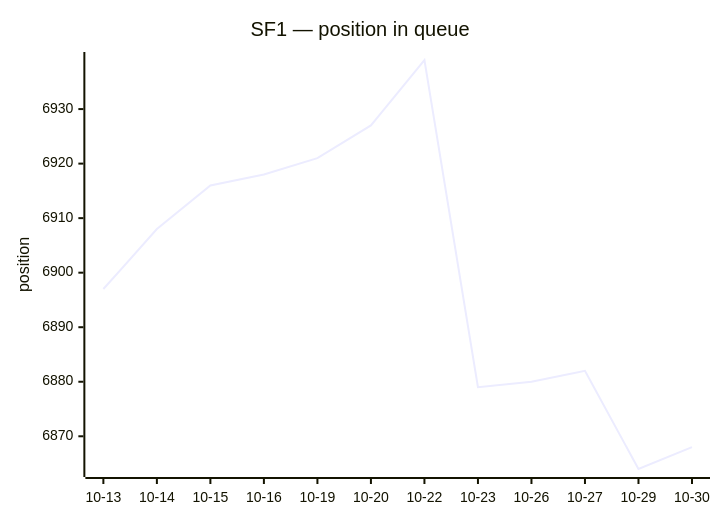
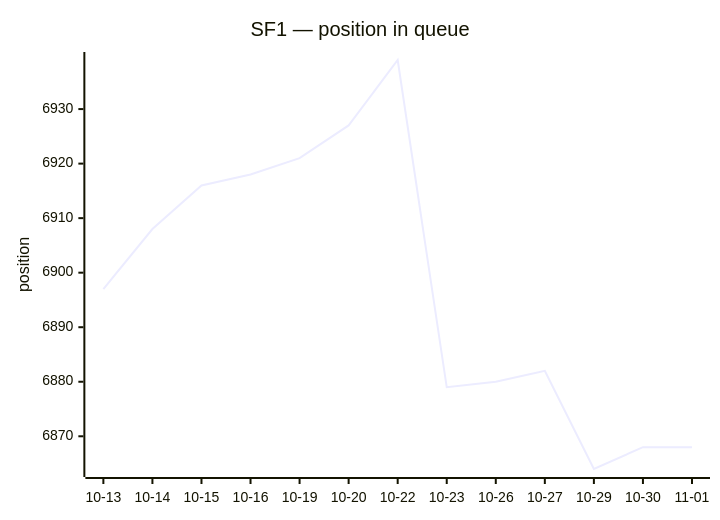
Before and after one commit to thyarles/thyarles: the first of 2 diagrams in queue/README.md, drawn with Mermaid. The commit also changed other lines of this file and 1 other file, not shown here.

````diff
--- a/queue/README.md
+++ b/queue/README.md
@@ -20,7 +20,7 @@
 ```mermaid
 xychart-beta
   title "SF1 — position in queue"
-  x-axis ["10-13", "10-14", "10-15", "10-16", "10-19", "10-20", "10-22", "10-23", "10-26", "10-27", "10-29", "10-30"]
+  x-axis ["10-13", "10-14", "10-15", "10-16", "10-19", "10-20", "10-22", "10-23", "10-26", "10-27", "10-29", "10-30", "11-01"]
   y-axis "position"
-  line [6897, 6908, 6916, 6918, 6921, 6927, 6939, 6879, 6880, 6882, 6864, 6868]
+  line [6897, 6908, 6916, 6918, 6921, 6927, 6939, 6879, 6880, 6882, 6864, 6868, 6868]
 ```
````
